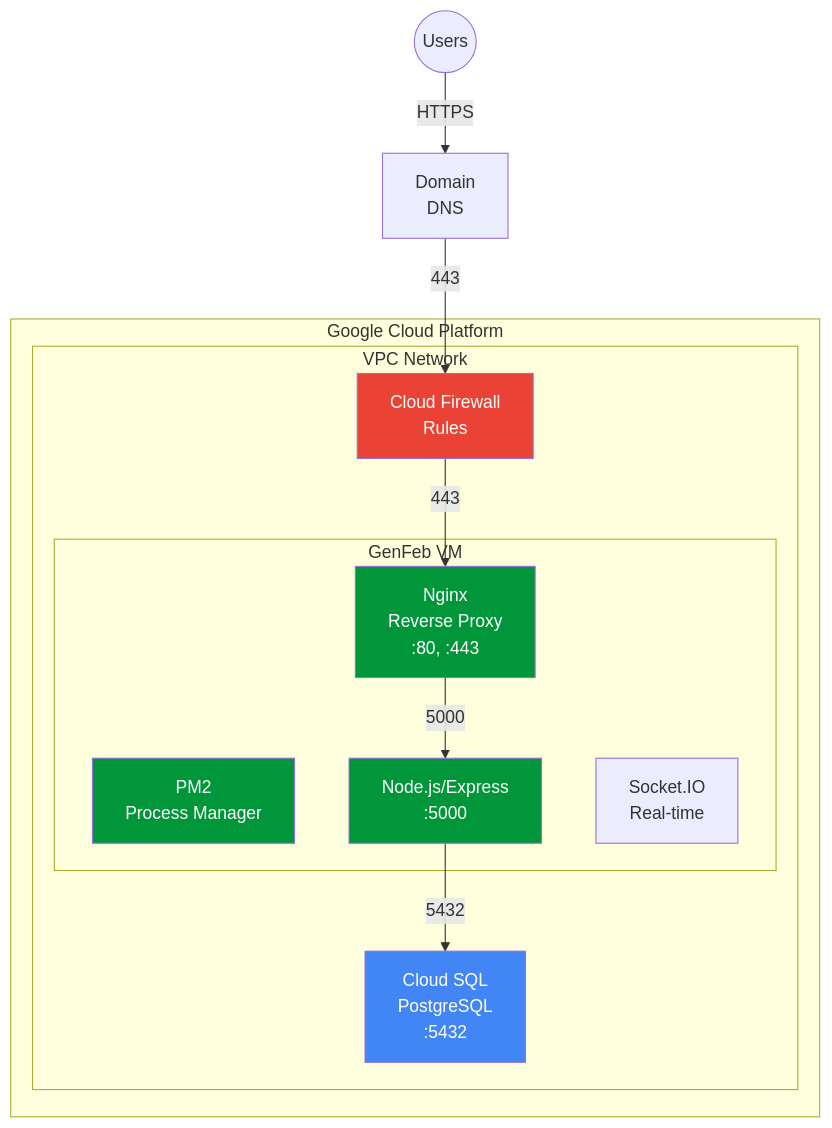
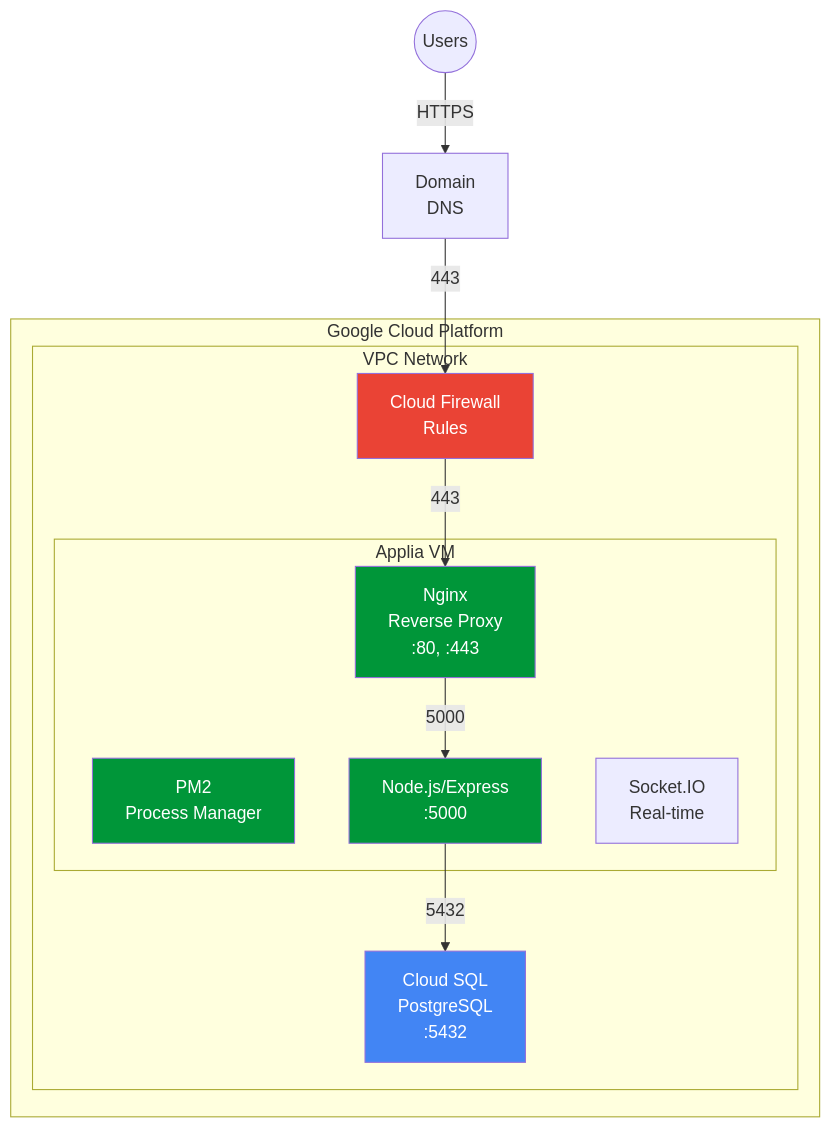
One commit to jagz223/Applia-store changed the first of 2 diagrams in DEPLOYMENT_GCP_COMPUTE_ENGINE.md. Above: the diagram before and after it, drawn with Mermaid. The commit also changed other lines of this file and 242 other files, not shown here.

````diff
--- a/DEPLOYMENT_GCP_COMPUTE_ENGINE.md
+++ b/DEPLOYMENT_GCP_COMPUTE_ENGINE.md
@@ -31,27 +31,27 @@
 ```mermaid
 flowchart TB
     subgraph "Google Cloud Platform"
         subgraph "VPC Network"
-            subgraph "GenFeb VM"
+            subgraph "Applia VM"
                 Nginx["Nginx<br/>Reverse Proxy<br/>:80, :443"]
                 PM2["PM2<br/>Process Manager"]
                 NodeJS["Node.js/Express<br/>:5000"]
                 SocketIO["Socket.IO<br/>Real-time"]
             end
             CloudSQL["Cloud SQL<br/>PostgreSQL<br/>:5432"]
             Firewall["Cloud Firewall<br/>Rules"]
         end
     end
     
     Users((Users)) -->|HTTPS| DNS["Domain<br/>DNS"]
     DNS -->|443| Firewall
     Firewall -->|443| Nginx
     Nginx -->|5000| NodeJS
     NodeJS -->|5432| CloudSQL
     
     style Nginx fill:#009639,color:#fff
     style PM2 fill:#009639,color:#fff
     style NodeJS fill:#009639,color:#fff
     style CloudSQL fill:#4285F4,color:#fff
     style Firewall fill:#EA4335,color:#fff
 ```
````
